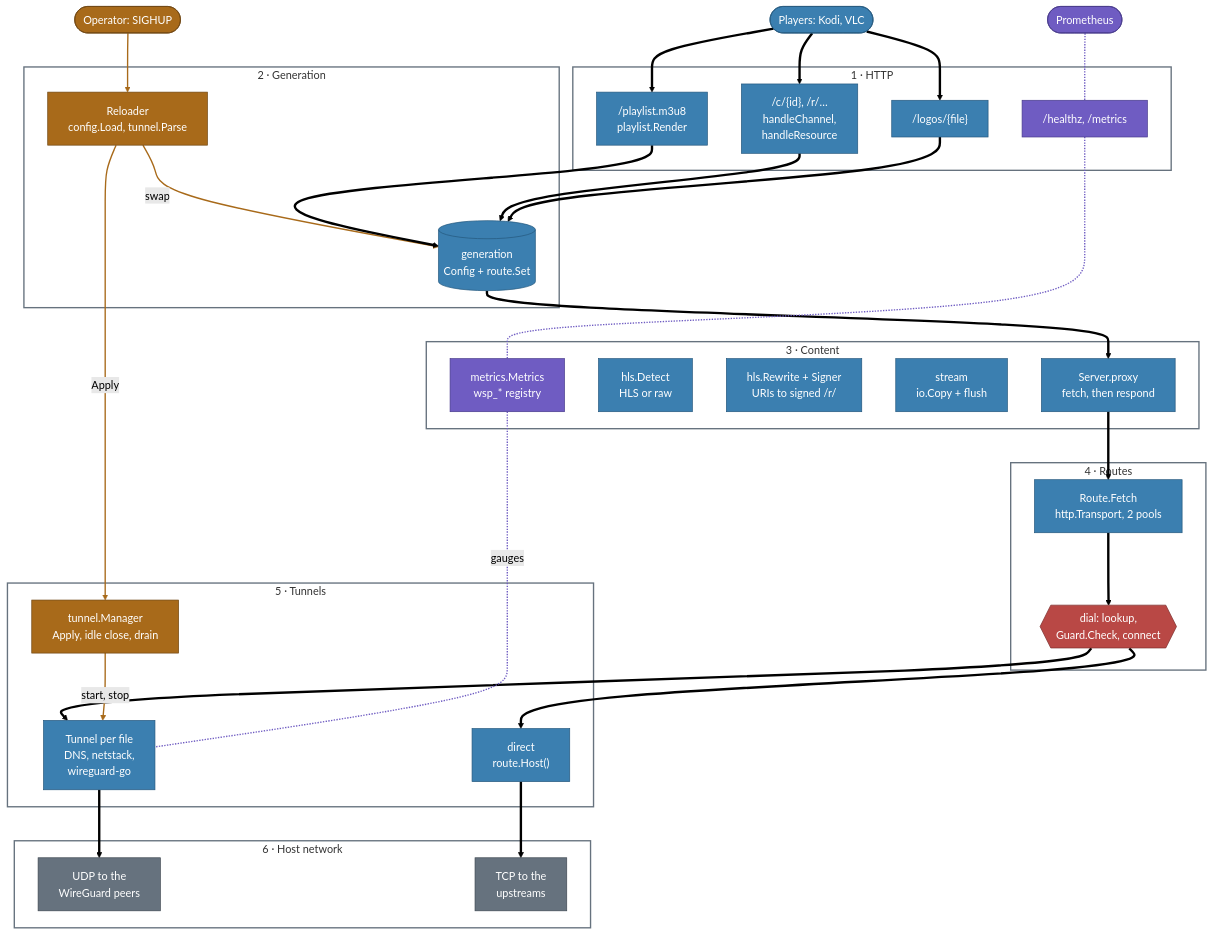
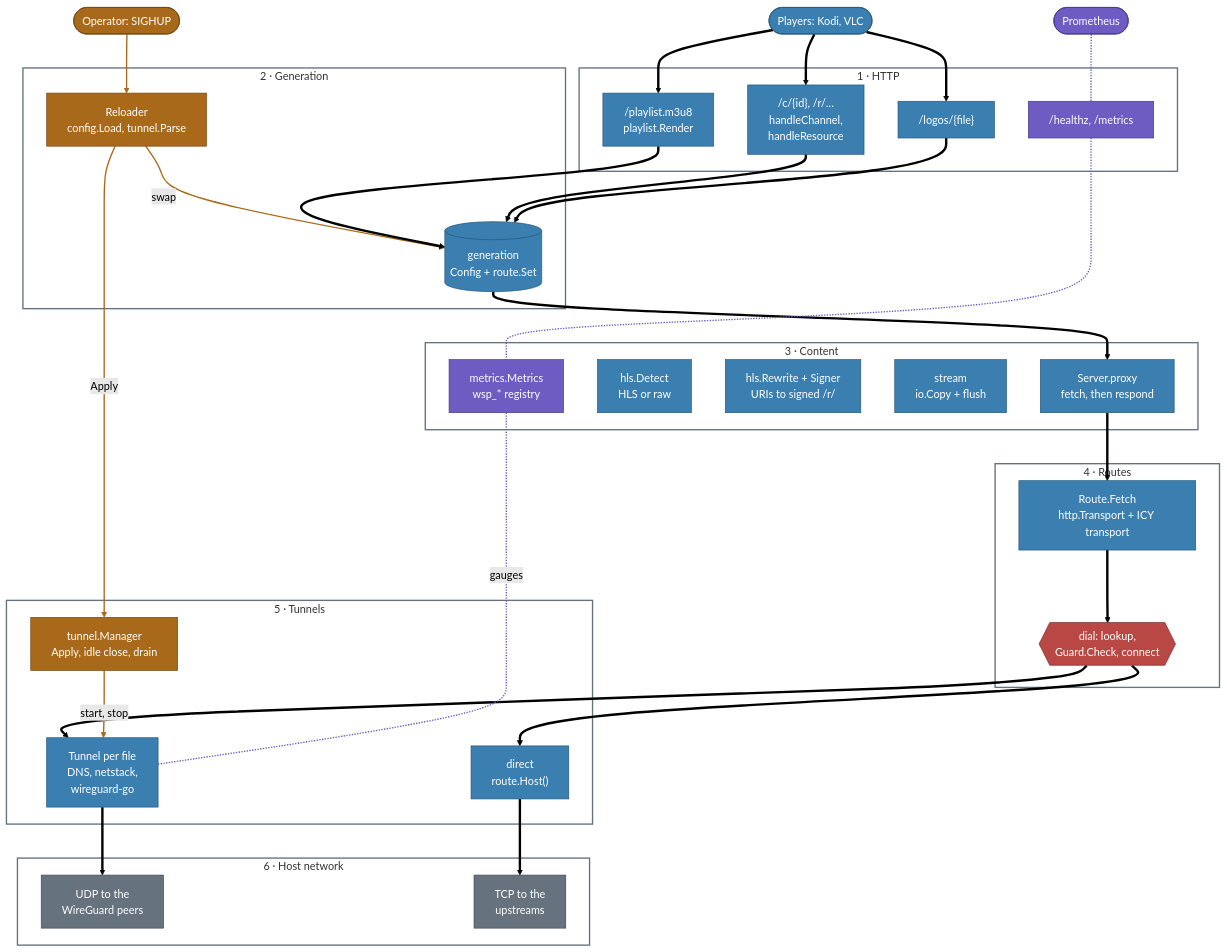
One commit to KingOfKalk/wg-stream-proxy changed the tenth of 17 diagrams in docs/architecture.md. Above: the diagram before and after it, drawn with Mermaid (forest theme). The commit also changed other lines of this file and 5 other files, not shown here.

Commit message:
fix(route): do not reuse ICY connections (#64)

````diff
--- a/docs/architecture.md
+++ b/docs/architecture.md
@@ -452,66 +452,66 @@
 ```mermaid
 flowchart TB
     op(["Operator: SIGHUP"]):::ctl
     players(["Players: Kodi, VLC"]):::data
     prom(["Prometheus"]):::obs
 
     subgraph l1["1 · HTTP"]
         pl["/playlist.m3u8<br/>playlist.Render"]:::data
         cr["/c/{id}, /r/…<br/>handleChannel,<br/>handleResource"]:::data
         logos["/logos/{file}"]:::data
         ep["/healthz, /metrics"]:::obs
     end
     subgraph l2["2 · Generation"]
         rel["Reloader<br/>config.Load, tunnel.Parse"]:::ctl
         gen[("generation<br/>Config + route.Set")]:::data
     end
     subgraph l3["3 · Content"]
         proxy["Server.proxy<br/>fetch, then respond"]:::data
         det["hls.Detect<br/>HLS or raw"]:::data
         rw["hls.Rewrite + Signer<br/>URIs to signed /r/"]:::data
         pipe["stream<br/>io.Copy + flush"]:::data
         reg["metrics.Metrics<br/>wsp_* registry"]:::obs
     end
     subgraph l4["4 · Routes"]
-        fetch["Route.Fetch<br/>http.Transport, 2 pools"]:::data
+        fetch["Route.Fetch<br/>http.Transport + ICY transport"]:::data
         guard{{"dial: lookup,<br/>Guard.Check, connect"}}:::guard
     end
     subgraph l5["5 · Tunnels"]
         mgr["tunnel.Manager<br/>Apply, idle close, drain"]:::ctl
         tun["Tunnel per file<br/>DNS, netstack,<br/>wireguard-go"]:::data
         direct["direct<br/>route.Host()"]:::data
     end
     subgraph l6["6 · Host network"]
         udp["UDP to the<br/>WireGuard peers"]:::inet
         tcp["TCP to the<br/>upstreams"]:::inet
     end
 
     players ==> pl & cr & logos
     op --> rel
     prom -.- ep
     rel -- "swap" --> gen
     pl & cr & logos ==> gen
     gen ==> proxy
     ep -.- reg
     proxy ==> fetch ==> guard
     guard ==> tun & direct
     rel -- "Apply" --> mgr
     mgr -- "start, stop" --> tun
     tun ==> udp
     direct ==> tcp
     reg -. "gauges" .- tun
 
     classDef data fill:#3b7fb0,stroke:#24577d,color:#ffffff
     classDef ctl fill:#a86a1a,stroke:#6e4511,color:#ffffff
     classDef obs fill:#6f5cc2,stroke:#46398a,color:#ffffff
     classDef inet fill:#66727e,stroke:#3f4851,color:#ffffff
     classDef guard fill:#b94845,stroke:#7a2c2a,color:#ffffff
     linkStyle 3,5,15,16 stroke:#a86a1a,stroke-width:2px
     linkStyle 4,10,19 stroke:#6f5cc2,stroke-width:2px
     style l1 fill:none,stroke:#66727e,stroke-width:2px
     style l2 fill:none,stroke:#66727e,stroke-width:2px
     style l3 fill:none,stroke:#66727e,stroke-width:2px
     style l4 fill:none,stroke:#66727e,stroke-width:2px
     style l5 fill:none,stroke:#66727e,stroke-width:2px
     style l6 fill:none,stroke:#66727e,stroke-width:2px
 ```
````
